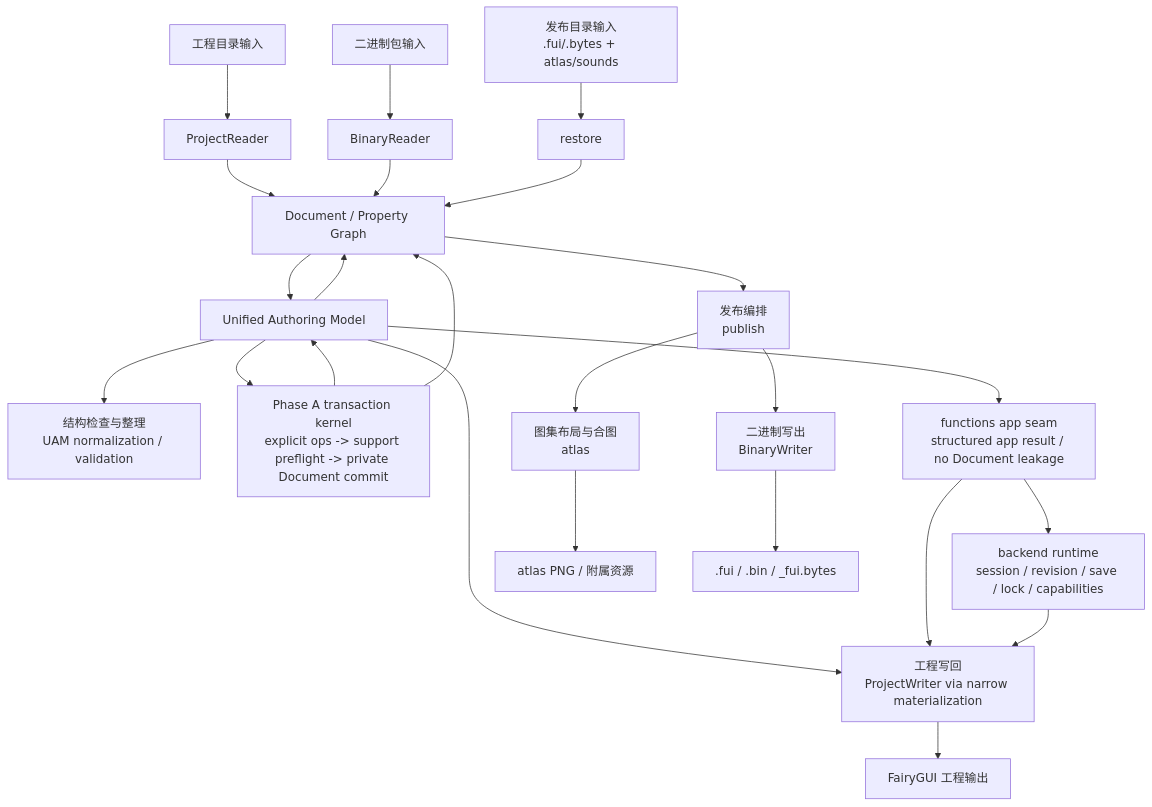
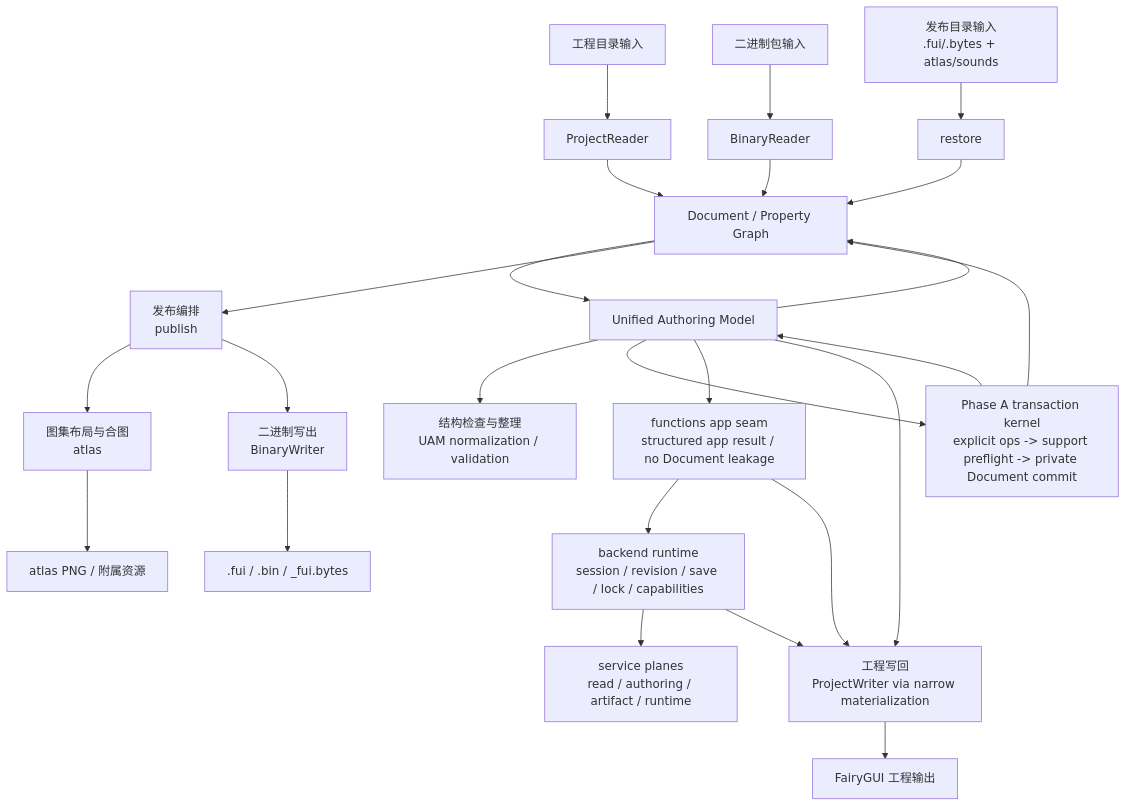
Before and after one commit to OpenFairyGUI/OpenFairyGUI: the second of 2 diagrams in docs/architecture-overview.md, drawn with Mermaid. The commit also changed other lines of this file and 20 other files, not shown here.

````diff
--- a/docs/architecture-overview.md
+++ b/docs/architecture-overview.md
@@ -223,26 +236,27 @@
 ```mermaid
 flowchart TD
     A["工程目录输入"] --> B["ProjectReader"]
     X["二进制包输入"] --> Y["BinaryReader"]
     R["发布目录输入<br/>.fui/.bytes + atlas/sounds"] --> S["restore"]
     B --> C["Document / Property Graph"]
     Y --> C
     S --> C
     C --> U["Unified Authoring Model"]
     U --> D["结构检查与整理<br/>UAM normalization / validation"]
     U --> T["Phase A transaction kernel<br/>explicit ops -> support preflight -> private Document commit"]
     U --> A2["functions app seam<br/>structured app result / no Document leakage"]
     A2 --> B2["backend runtime<br/>session / revision / save / lock / capabilities"]
+    B2 --> B3["service planes<br/>read / authoring / artifact / runtime"]
     T --> U
     T --> C
     U --> F["工程写回<br/>ProjectWriter via narrow materialization"]
     A2 --> F
     B2 --> F
     U --> C
     C --> E["发布编排<br/>publish"]
     E --> G["图集布局与合图<br/>atlas"]
     E --> H["二进制写出<br/>BinaryWriter"]
     F --> I["FairyGUI 工程输出"]
     G --> J["atlas PNG / 附属资源"]
     H --> K[".fui / .bin / _fui.bytes"]
 ```
````
